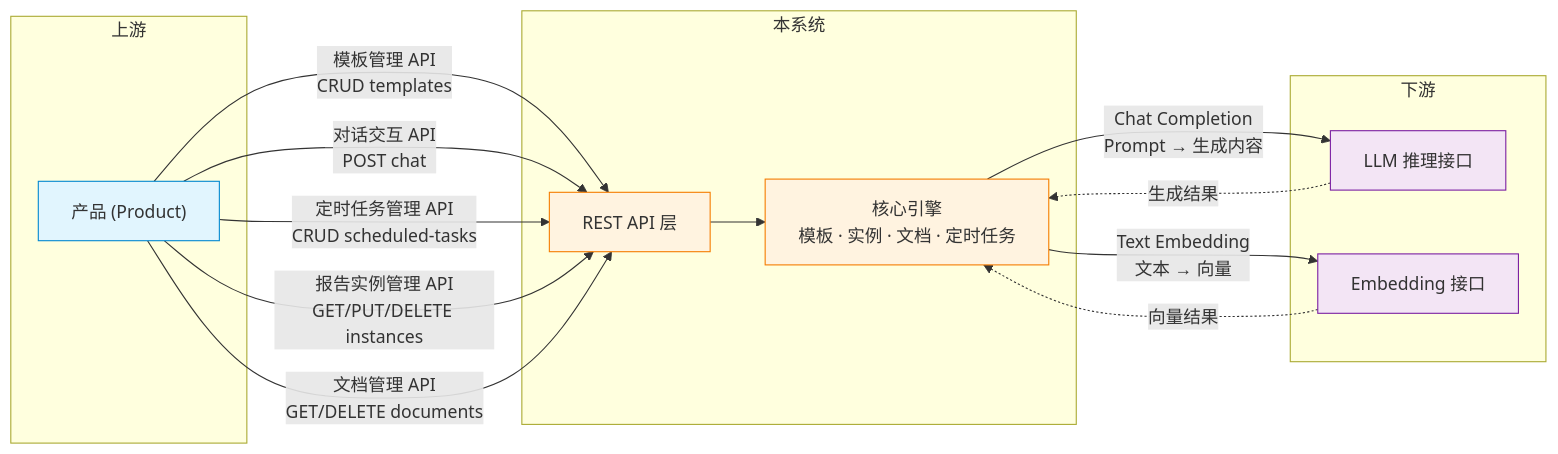
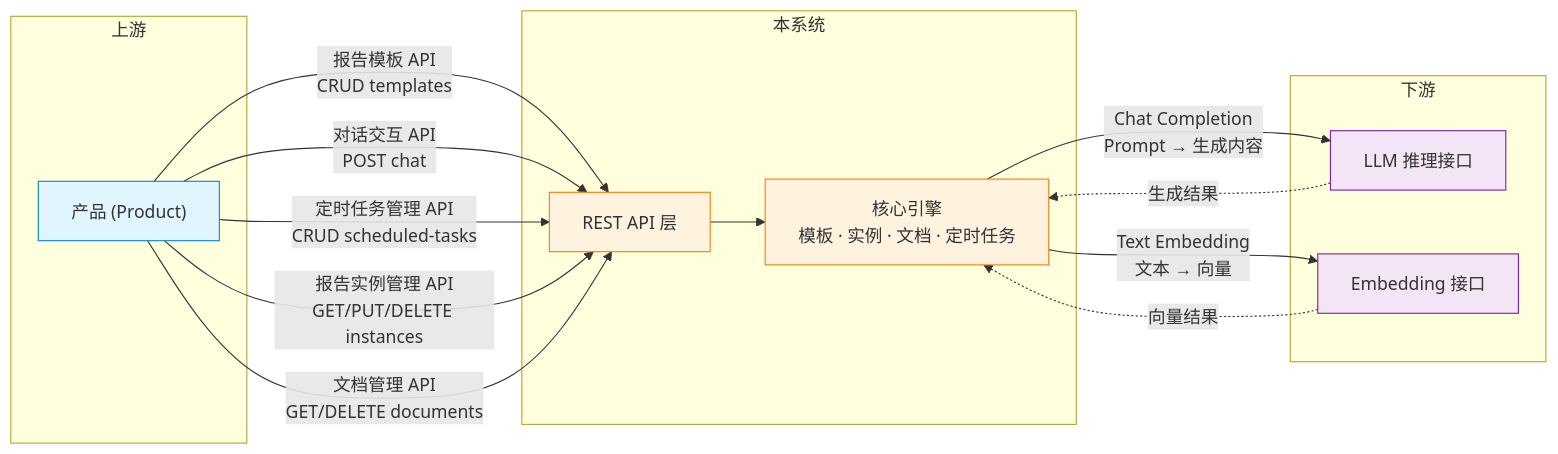
Before and after one commit to shel447/ReportSystem: the first of 6 diagrams in design/design.md, drawn with Mermaid. The commit also changed other lines of this file and 4 other files, not shown here.

````diff
--- a/design/design.md
+++ b/design/design.md
@@ -32,36 +32,36 @@
 ```mermaid
 graph LR
     subgraph 上游
         P["产品 (Product)"]
     end
 
     subgraph 本系统
         API["REST API 层"]
         Core["核心引擎<br/>模板 · 实例 · 文档 · 定时任务"]
     end
 
     subgraph 下游
         LLM["LLM 推理接口"]
         EMB["Embedding 接口"]
     end
 
-    P -- "模板管理 API<br/>CRUD templates" --> API
+    P -- "报告模板 API<br/>CRUD templates" --> API
     P -- "对话交互 API<br/>POST chat" --> API
     P -- "定时任务管理 API<br/>CRUD scheduled-tasks" --> API
     P -- "报告实例管理 API<br/>GET/PUT/DELETE instances" --> API
     P -- "文档管理 API<br/>GET/DELETE documents" --> API
 
     API --> Core
 
     Core -- "Chat Completion<br/>Prompt → 生成内容" --> LLM
     Core -- "Text Embedding<br/>文本 → 向量" --> EMB
 
     LLM -. "生成结果" .-> Core
     EMB -. "向量结果" .-> Core
 
     style P fill:#e1f5fe,stroke:#0288d1
     style API fill:#fff3e0,stroke:#f57c00
     style Core fill:#fff3e0,stroke:#f57c00
     style LLM fill:#f3e5f5,stroke:#7b1fa2
     style EMB fill:#f3e5f5,stroke:#7b1fa2
 ```
````
